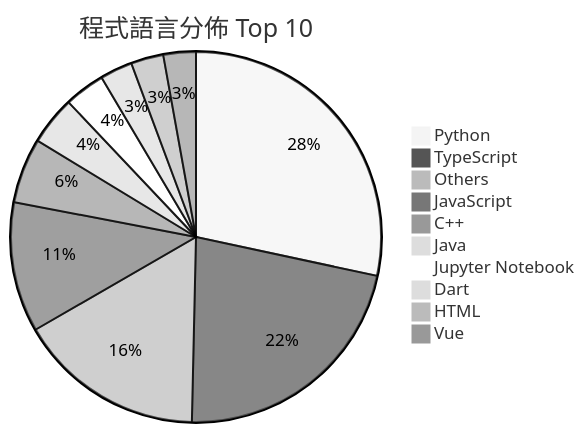
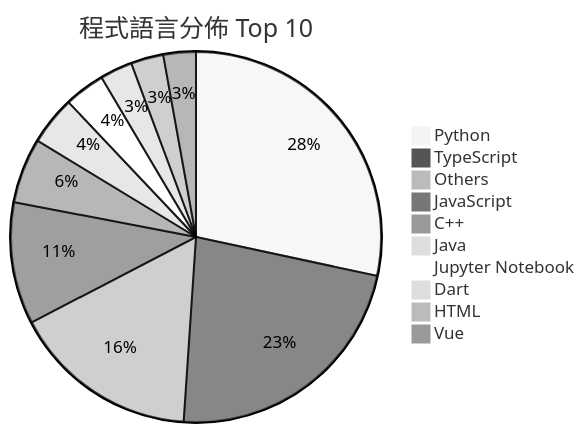
Before and after one commit to Andy87877/GitHub-Star-Manager: the second of 2 diagrams in README.md, drawn with Mermaid (neutral theme). The commit also changed other lines of this file and 3 other files, not shown here.

````diff
--- a/README.md
+++ b/README.md
@@ -27,13 +27,13 @@
 ```mermaid
 pie title 程式語言分佈 Top 10
     "Python" : 40
-    "TypeScript" : 31
+    "TypeScript" : 32
     "Others" : 23
-    "JavaScript" : 16
+    "JavaScript" : 15
     "C++" : 8
     "Java" : 6
     "Jupyter Notebook" : 5
     "Dart" : 4
     "HTML" : 4
     "Vue" : 4
 ```
````
